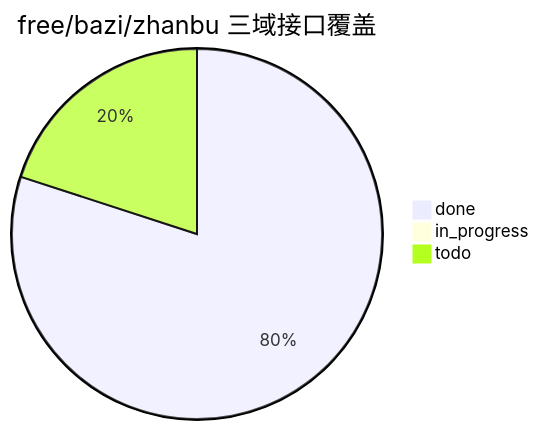
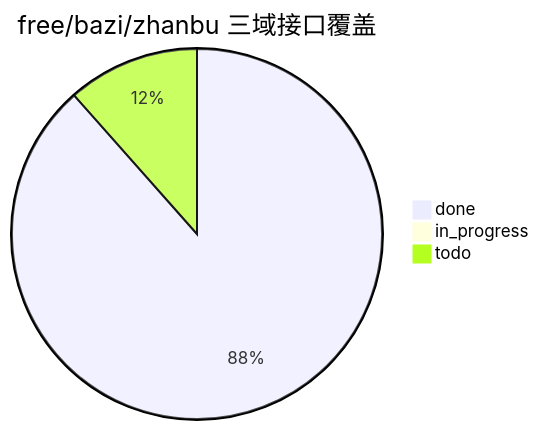
One commit to Scorpio69t/yuanfenju-go-sdk changed the diagram in docs/interface-catalog.md. Above: the diagram before and after it, drawn with Mermaid. The commit also changed other lines of this file and 4 other files, not shown here.

````diff
--- a/docs/interface-catalog.md
+++ b/docs/interface-catalog.md
@@ -15,6 +15,6 @@
 ```mermaid
 pie title free/bazi/zhanbu 三域接口覆盖
-    "done" : 20
+    "done" : 23
     "in_progress" : 0
-    "todo" : 5
+    "todo" : 3
 ```
````
